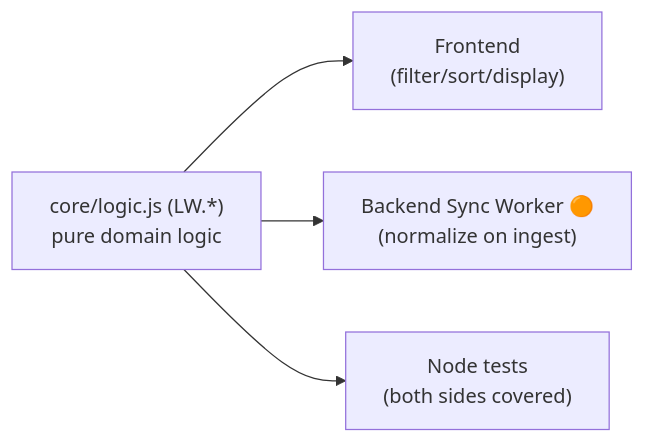
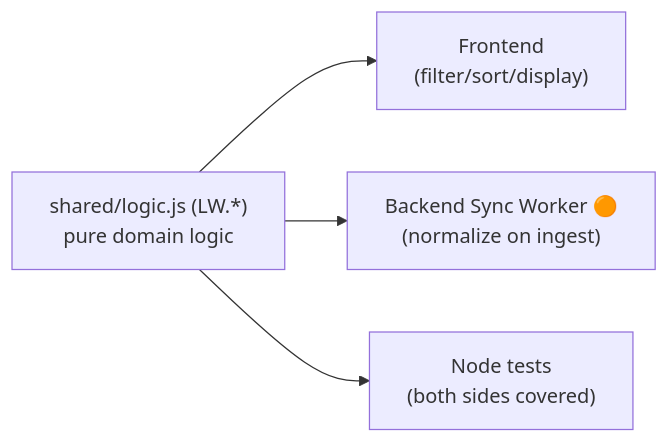
Before and after one commit to LongWave-Engineering/LongWave-Dev-POC: the seventh of 7 diagrams in docs/ARCHITECTURE.md, drawn with Mermaid. The commit also changed other lines of this file and 13 other files, not shown here.

First line of the commit message:
refactor: lift shared LW domain logic into shared/ (@longwave/logic)

````diff
--- a/docs/ARCHITECTURE.md
+++ b/docs/ARCHITECTURE.md
@@ -252,7 +252,7 @@
 ```mermaid
 flowchart LR
-    logic["core/logic.js (LW.*)<br/>pure domain logic"]
+    logic["shared/logic.js (LW.*)<br/>pure domain logic"]
     logic --> fe["Frontend<br/>(filter/sort/display)"]
     logic --> be["Backend Sync Worker 🟠<br/>(normalize on ingest)"]
     logic --> tests["Node tests<br/>(both sides covered)"]
 ```
````
